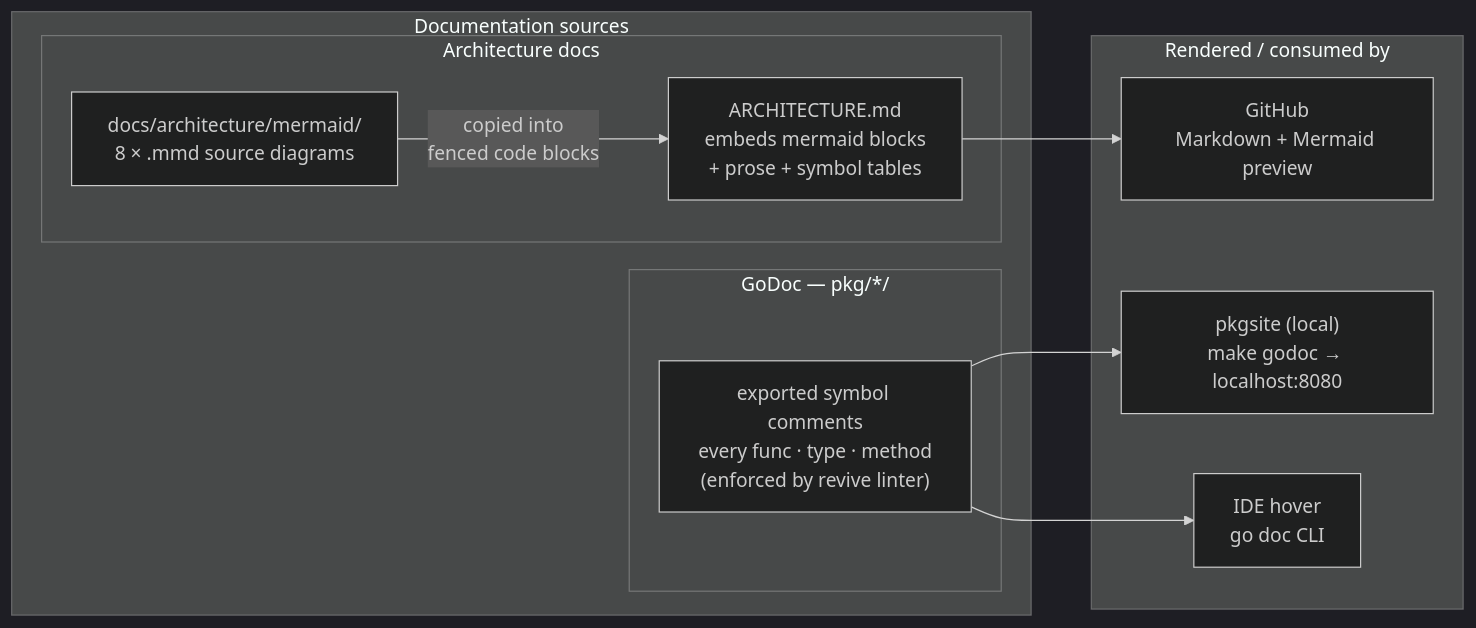
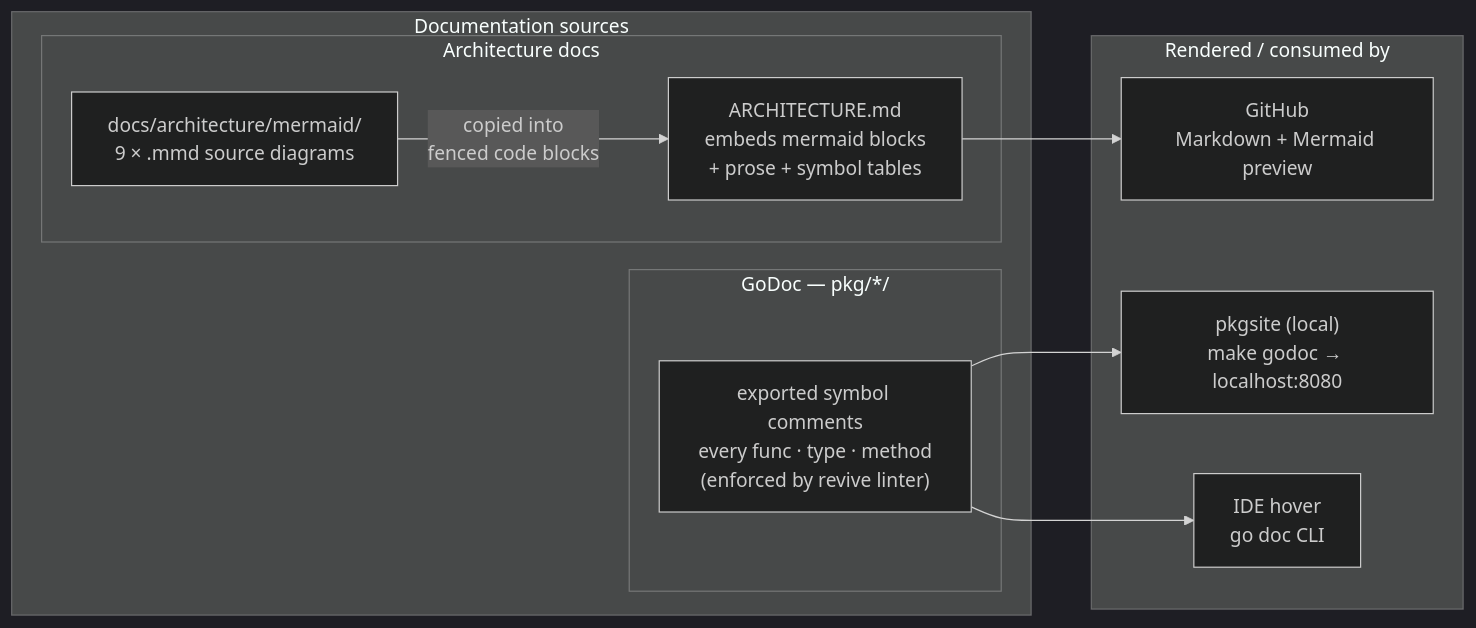
The diagram in docs/architecture/mermaid/documentation-assets.mmd (BCBP-SOLUTIONS-FZC-LLC/platform-events), drawn with Mermaid (dark theme) before and after one commit. The commit also changed 4 other files, not shown here.

Commit message:
Docs: update ARCHITECTURE.md, CLAUDE.md, README.md and diagrams for DLQ management API

```diff
--- a/docs/architecture/mermaid/documentation-assets.mmd
+++ b/docs/architecture/mermaid/documentation-assets.mmd
@@ -1,22 +1,22 @@
 graph LR
     subgraph sources["Documentation sources"]
         subgraph godoc_src["GoDoc  —  pkg/*/"]
             sym["exported symbol comments\nevery func · type · method\n(enforced by revive linter)"]
         end
 
         subgraph arch_src["Architecture docs"]
-            mmd_files["docs/architecture/mermaid/\n8 × .mmd source diagrams"]
+            mmd_files["docs/architecture/mermaid/\n9 × .mmd source diagrams"]
             arch_md["ARCHITECTURE.md\nembeds mermaid blocks\n+ prose + symbol tables"]
         end
     end
 
     subgraph rendered["Rendered / consumed by"]
         pkgsite["pkgsite (local)\nmake godoc → localhost:8080"]
         github_md["GitHub\nMarkdown + Mermaid preview"]
         ide["IDE hover\ngo doc CLI"]
     end
 
     sym     --> pkgsite
     sym     --> ide
     mmd_files -->|"copied into\nfenced code blocks"| arch_md
     arch_md --> github_md
```
